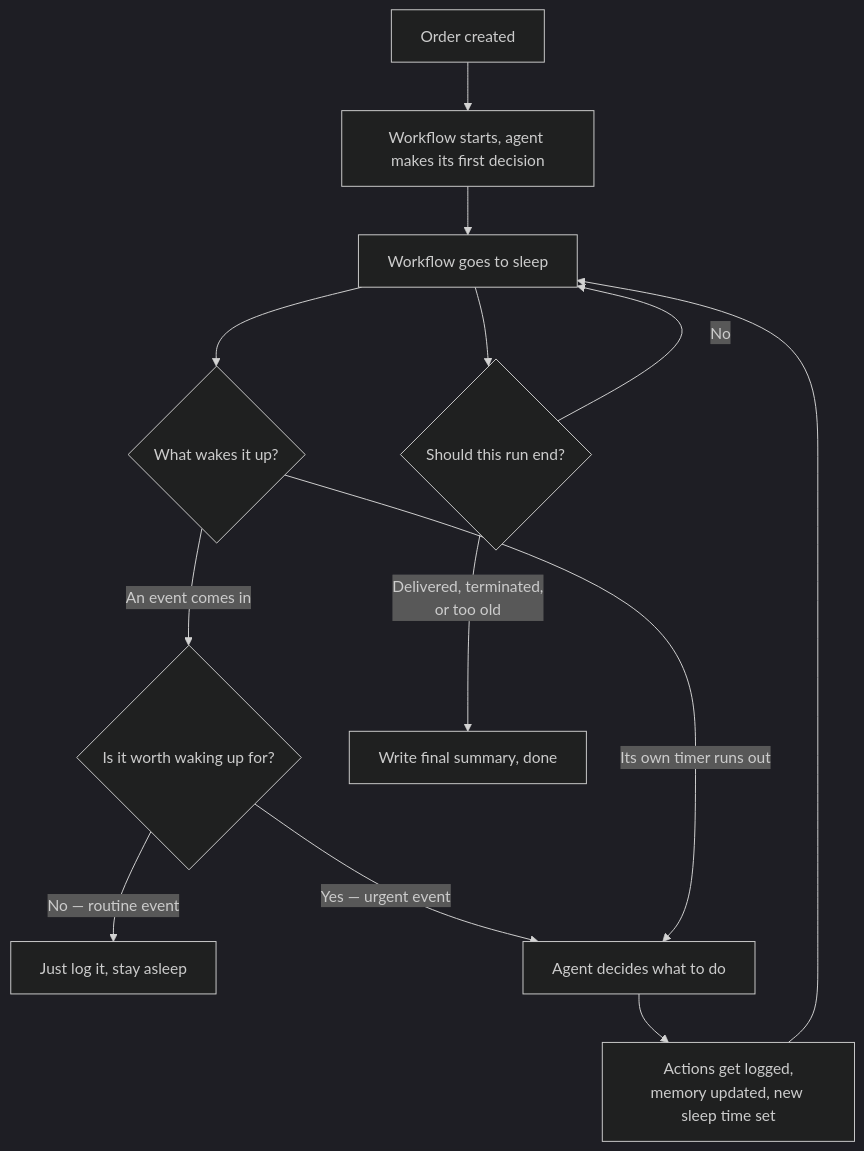
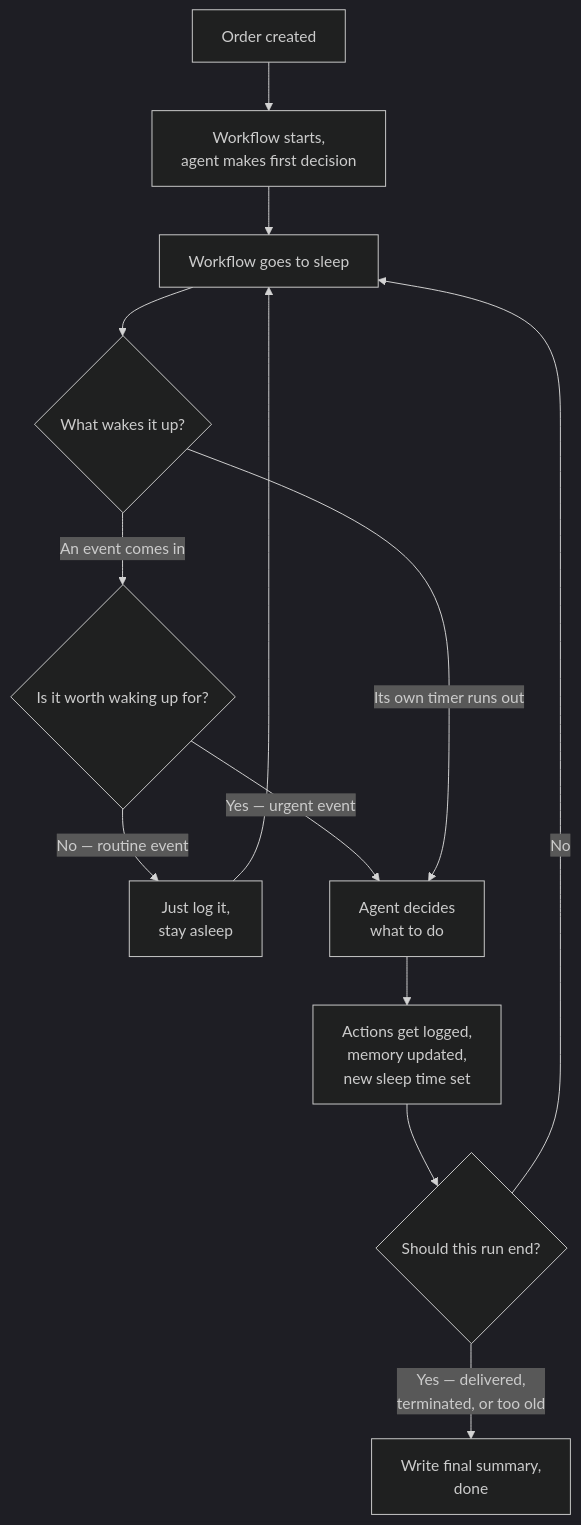
One commit to YashShrivastava4/ai-order-supervisor changed the second of 2 diagrams in README.md. Above: the diagram before and after it, drawn with Mermaid (dark theme).

Commit message:
Mermaid Fix

````diff
--- a/README.md
+++ b/README.md
@@ -70,15 +70,22 @@
 ```mermaid
 flowchart TD
-    A["Order created"] --> B["Workflow starts, agent makes its first decision"]
+    A["Order created"] --> B["Workflow starts,<br/>agent makes first decision"]
     B --> C["Workflow goes to sleep"]
+
     C --> D{"What wakes it up?"}
+
     D -->|"An event comes in"| E{"Is it worth waking up for?"}
-    E -->|"No — routine event"| F["Just log it, stay asleep"]
-    E -->|"Yes — urgent event"| G["Agent decides what to do"]
+    E -->|"No — routine event"| F["Just log it,<br/>stay asleep"]
+    F --> C
+
+    E -->|"Yes — urgent event"| G["Agent decides<br/>what to do"]
+
     D -->|"Its own timer runs out"| G
-    G --> H["Actions get logged,<br/>memory updated, new sleep time set"]
-    H --> C
-    C --> I{"Should this run end?"}
-    I -->|"Delivered, terminated,<br/>or too old"| J["Write final summary, done"]
+
+    G --> H["Actions get logged,<br/>memory updated,<br/>new sleep time set"]
+
+    H --> I{"Should this run end?"}
+
+    I -->|"Yes — delivered,<br/>terminated, or too old"| J["Write final summary,<br/>done"]
     I -->|"No"| C
 ```
````
